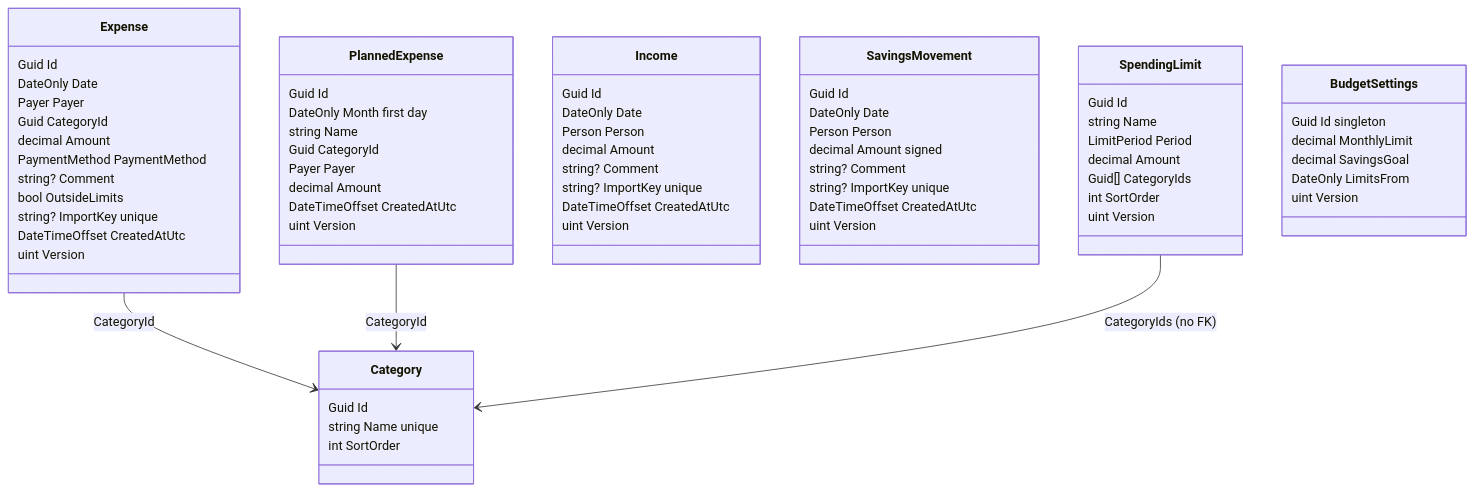
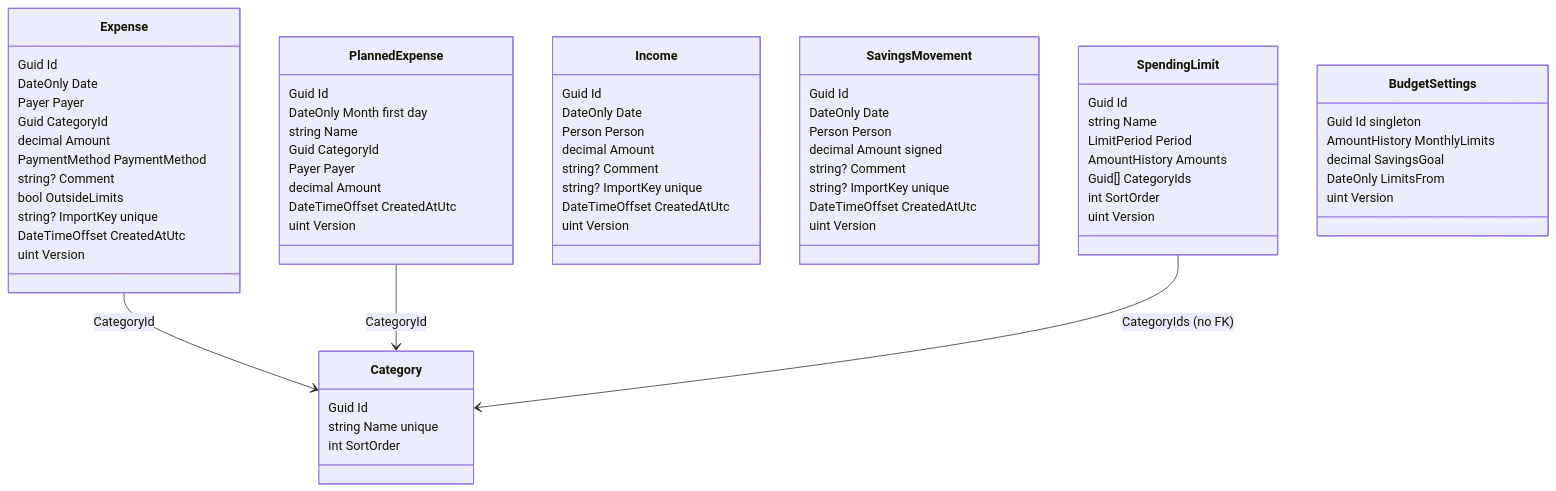
Before and after one commit to Weretik/home-app: the diagram in api/docs/modules/expenses.md, drawn with Mermaid. The commit also changed other lines of this file and 82 other files, not shown here.

First line of the commit message:
Budget: each month keeps its own limit amount

````diff
--- a/api/docs/modules/expenses.md
+++ b/api/docs/modules/expenses.md
@@ -23,70 +26,70 @@
 ```mermaid
 classDiagram
     class Category {
         Guid Id
         string Name  unique
         int SortOrder
     }
     class Expense {
         Guid Id
         DateOnly Date
         Payer Payer
         Guid CategoryId
         decimal Amount
         PaymentMethod PaymentMethod
         string? Comment
         bool OutsideLimits
         string? ImportKey  unique
         DateTimeOffset CreatedAtUtc
         uint Version
     }
     class PlannedExpense {
         Guid Id
         DateOnly Month  first day
         string Name
         Guid CategoryId
         Payer Payer
         decimal Amount
         DateTimeOffset CreatedAtUtc
         uint Version
     }
     class Income {
         Guid Id
         DateOnly Date
         Person Person
         decimal Amount
         string? Comment
         string? ImportKey  unique
         DateTimeOffset CreatedAtUtc
         uint Version
     }
     class SavingsMovement {
         Guid Id
         DateOnly Date
         Person Person
         decimal Amount  signed
         string? Comment
         string? ImportKey  unique
         DateTimeOffset CreatedAtUtc
         uint Version
     }
     class SpendingLimit {
         Guid Id
         string Name
         LimitPeriod Period
-        decimal Amount
+        AmountHistory Amounts
         Guid[] CategoryIds
         int SortOrder
         uint Version
     }
     class BudgetSettings {
         Guid Id  singleton
-        decimal MonthlyLimit
+        AmountHistory MonthlyLimits
         decimal SavingsGoal
         DateOnly LimitsFrom
         uint Version
     }
     Expense --> Category : CategoryId
     PlannedExpense --> Category : CategoryId
     SpendingLimit --> Category : CategoryIds (no FK)
 ```
````
